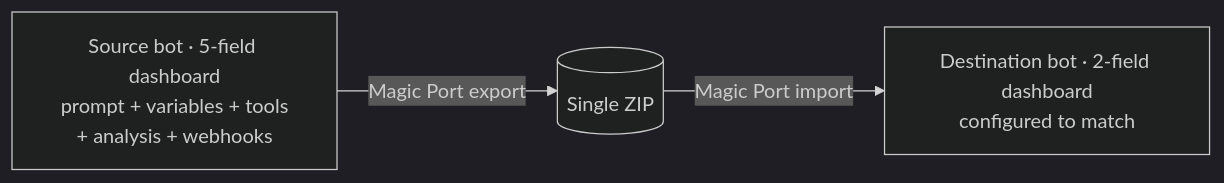
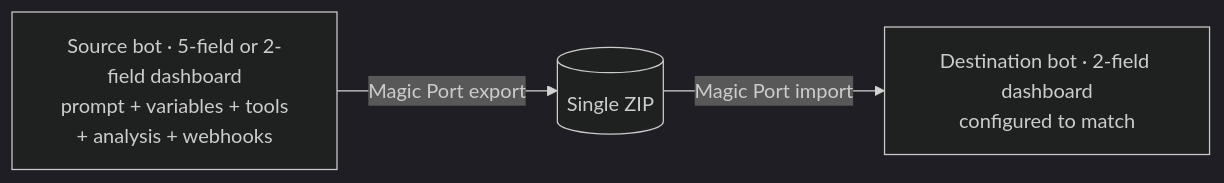
Before and after one commit to rbsavla24/promptport: the second of 2 diagrams in README.md, drawn with Mermaid (dark theme). The commit also changed other lines of this file, not shown here.

````diff
--- a/README.md
+++ b/README.md
@@ -115,5 +117,5 @@
 ```mermaid
 flowchart LR
-    R[Source bot · 5-field dashboard<br/>prompt + variables + tools<br/>+ analysis + webhooks] -- Magic Port export --> Z[(Single ZIP)]
+    R[Source bot · 5-field or 2-field dashboard<br/>prompt + variables + tools<br/>+ analysis + webhooks] -- Magic Port export --> Z[(Single ZIP)]
     Z -- Magic Port import --> V[Destination bot · 2-field dashboard<br/>configured to match]
 ```
````
